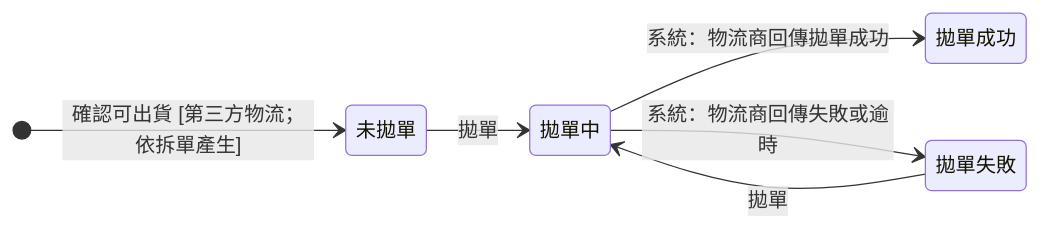
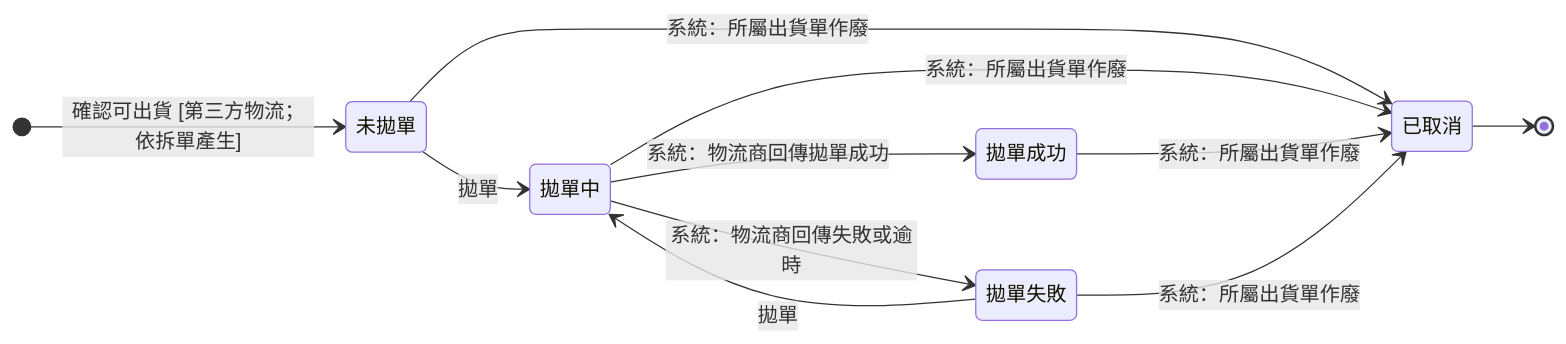
The first of 3 diagrams in memory/Sens_wiki/wiki/erp/06-state-machines/物流單狀態.md (Kawato-Miles/erp-spec), drawn with Mermaid before and after one commit. The commit also changed other lines of this file and 76 other files, not shown here.

````diff
--- a/memory/Sens_wiki/wiki/erp/06-state-machines/物流單狀態.md
+++ b/memory/Sens_wiki/wiki/erp/06-state-machines/物流單狀態.md
@@ -83,15 +86,22 @@
 ```mermaid
 stateDiagram-v2
     direction LR
 
     state "未拋單" as p_init
     state "拋單中" as p_processing
     state "拋單成功" as p_success
     state "拋單失敗" as p_failed
 
     [*] --> p_init : 確認可出貨 [第三方物流；依拆單產生]
     p_init --> p_processing : 拋單
     p_failed --> p_processing : 拋單
     p_processing --> p_success : 系統：物流商回傳拋單成功
     p_processing --> p_failed : 系統：物流商回傳失敗或逾時
+
+    state "已取消" as p_cancel
+    p_init --> p_cancel : 系統：所屬出貨單作廢
+    p_processing --> p_cancel : 系統：所屬出貨單作廢
+    p_success --> p_cancel : 系統：所屬出貨單作廢
+    p_failed --> p_cancel : 系統：所屬出貨單作廢
+    p_cancel --> [*]
 ```
````
